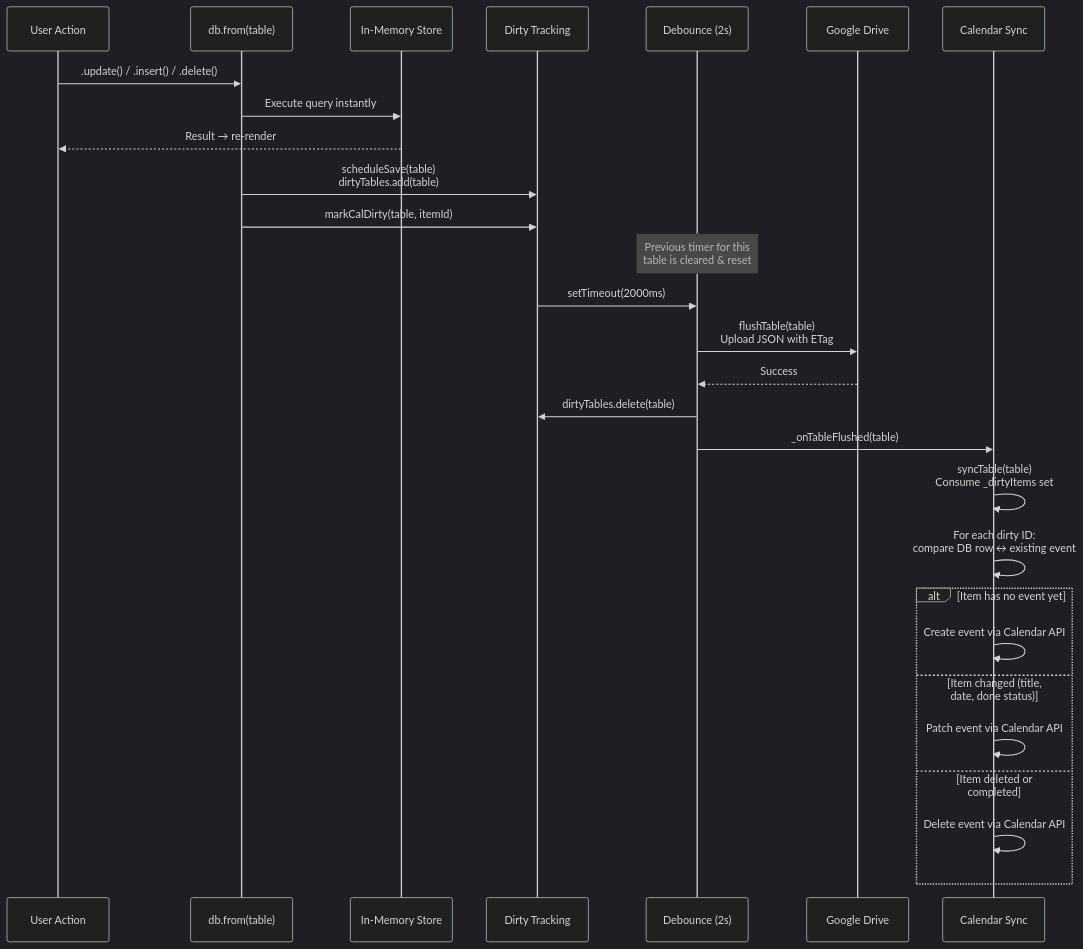
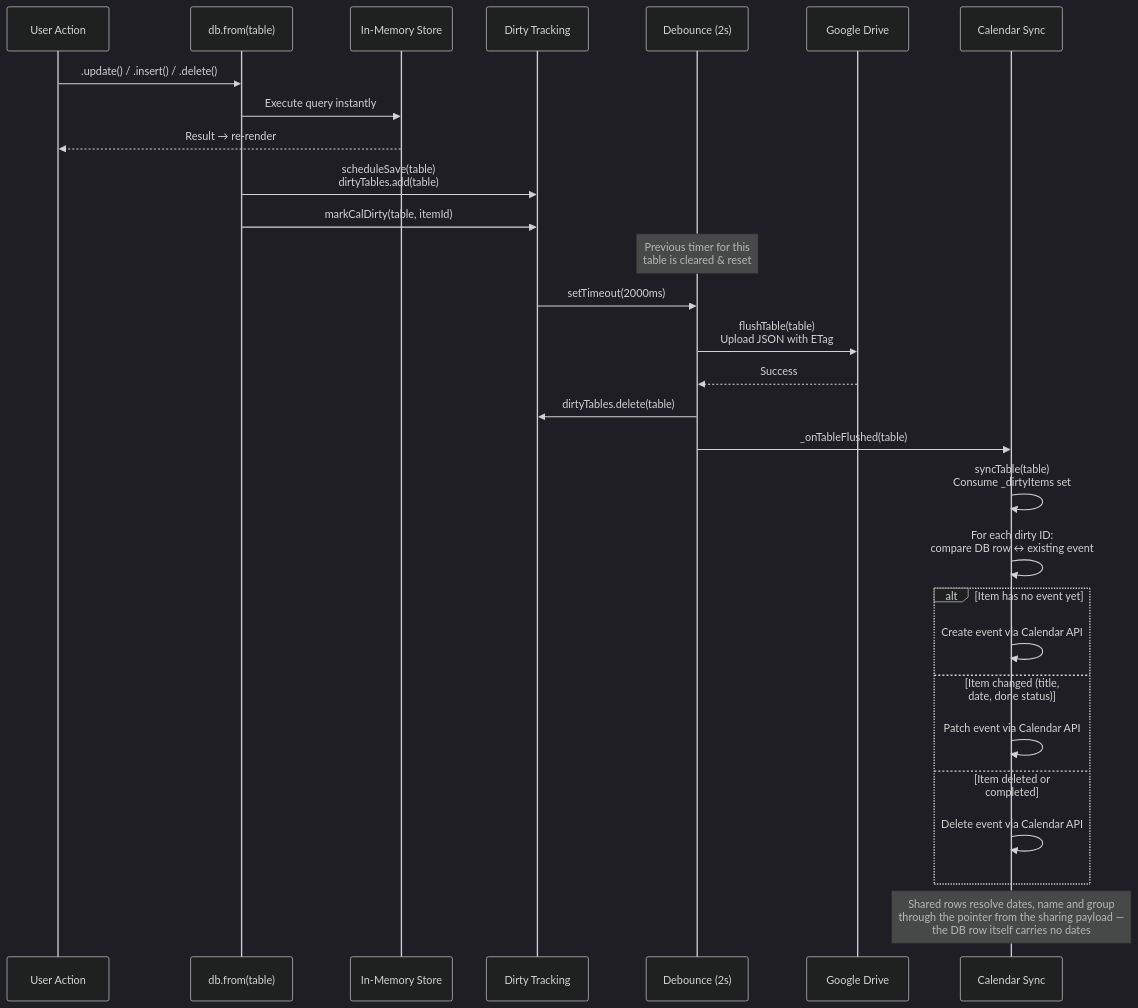
The fifth of 8 diagrams in docs-site/sync-architecture.md (AntGro/DeLaClaw), drawn with Mermaid (dark theme) before and after one commit. The commit also changed other lines of this file and 133 other files, not shown here.

````diff
--- a/docs-site/sync-architecture.md
+++ b/docs-site/sync-architecture.md
@@ -37,37 +362,39 @@
 ```mermaid
 sequenceDiagram
     participant UI as User Action
     participant DB as db.from(table)
     participant MEM as In-Memory Store
     participant DT as Dirty Tracking
     participant TIMER as Debounce (2s)
     participant DRIVE as Google Drive
     participant CAL as Calendar Sync
 
     UI->>DB: .update() / .insert() / .delete()
     DB->>MEM: Execute query instantly
     MEM-->>UI: Result → re-render
 
     DB->>DT: scheduleSave(table)<br/>dirtyTables.add(table)
     DB->>DT: markCalDirty(table, itemId)
 
     Note over TIMER: Previous timer for this<br/>table is cleared & reset
 
     DT->>TIMER: setTimeout(2000ms)
 
     TIMER->>DRIVE: flushTable(table)<br/>Upload JSON with ETag
     DRIVE-->>TIMER: Success
     TIMER->>DT: dirtyTables.delete(table)
     TIMER->>CAL: _onTableFlushed(table)
 
     CAL->>CAL: syncTable(table)<br/>Consume _dirtyItems set
     CAL->>CAL: For each dirty ID:<br/>compare DB row ↔ existing event
 
     alt Item has no event yet
         CAL->>CAL: Create event via Calendar API
     else Item changed (title, date, done status)
         CAL->>CAL: Patch event via Calendar API
     else Item deleted or completed
         CAL->>CAL: Delete event via Calendar API
     end
+
+    Note over CAL: Shared rows resolve dates, name and group<br/>through the pointer from the sharing payload —<br/>the DB row itself carries no dates
 ```
````
